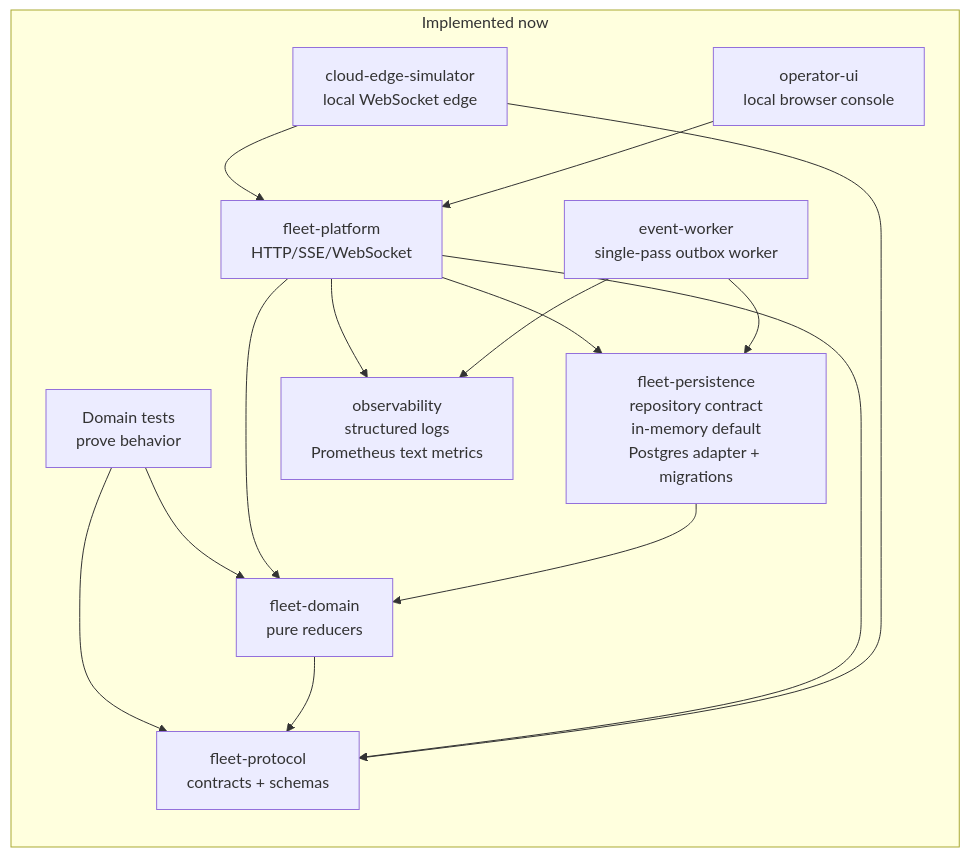
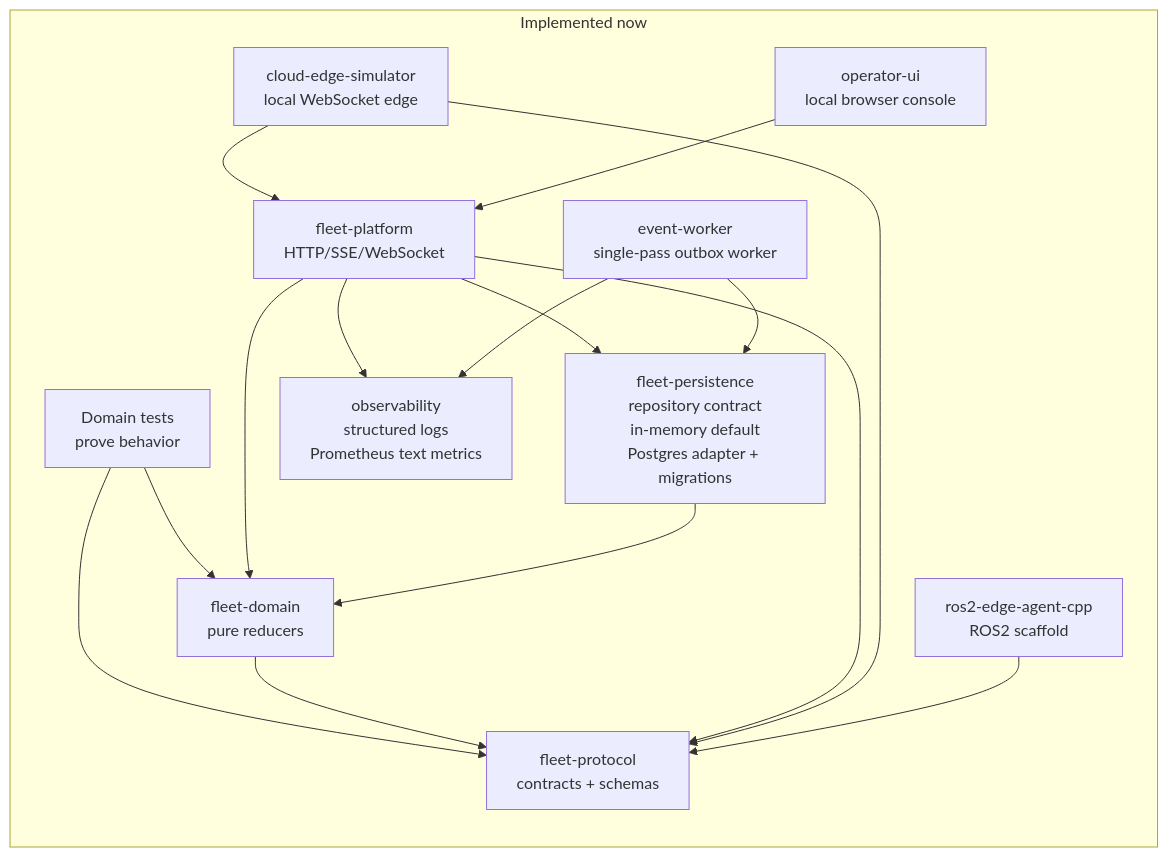
The first of 4 diagrams in docs/architecture/current-architecture.md (reinhard-z/RoboOps-Control-Plane), drawn with Mermaid before and after one commit. The commit also changed other lines of this file and 15 other files, not shown here.

Commit message:
Add ROS2 edge agent skeleton with Jazzy container checks

````diff
--- a/docs/architecture/current-architecture.md
+++ b/docs/architecture/current-architecture.md
@@ -52,27 +60,29 @@
 ```mermaid
 flowchart LR
   subgraph Implemented["Implemented now"]
     Tests["Domain tests<br/>prove behavior"]
     Domain["fleet-domain<br/>pure reducers"]
     Protocol["fleet-protocol<br/>contracts + schemas"]
     Api["fleet-platform<br/>HTTP/SSE/WebSocket"]
     Persistence["fleet-persistence<br/>repository contract<br/>in-memory default<br/>Postgres adapter + migrations"]
     Worker["event-worker<br/>single-pass outbox worker"]
     Observability["observability<br/>structured logs<br/>Prometheus text metrics"]
     Simulator["cloud-edge-simulator<br/>local WebSocket edge"]
+    EdgeAgent["ros2-edge-agent-cpp<br/>ROS2 scaffold"]
     UI["operator-ui<br/>local browser console"]
     Tests --> Domain
     Tests --> Protocol
     Domain --> Protocol
     Api --> Persistence
     Worker --> Persistence
     Api --> Domain
     Persistence --> Domain
     Api --> Protocol
     Api --> Observability
     Worker --> Observability
     Simulator --> Protocol
     Simulator --> Api
+    EdgeAgent --> Protocol
     UI --> Api
   end
 ```
````
